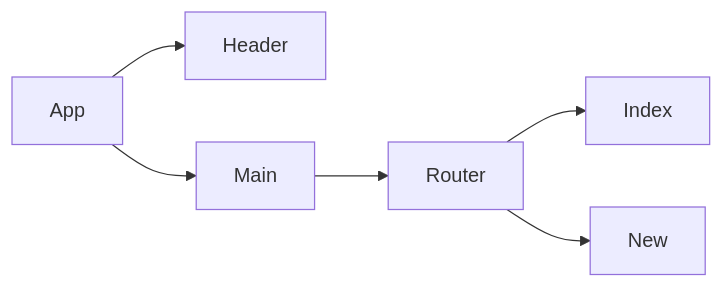
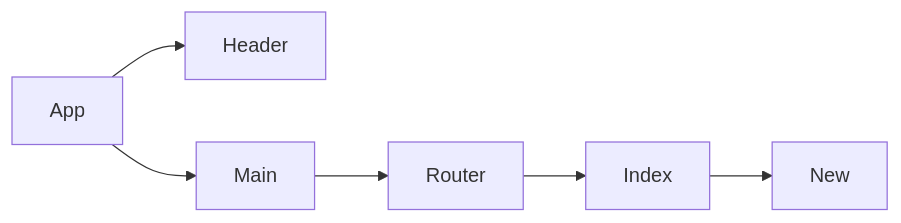
Before and after one commit to NandoLofi/bookmarks-frontend: the diagram in README.md, drawn with Mermaid.

````diff
--- a/README.md
+++ b/README.md
@@ -33,8 +33,8 @@
 ```mermaid
 flowchart LR
   App-->Header
   App-->Main
   Main-->Router
   Router-->Index
-  Router-->New
+  Index-->New
 ```
````
